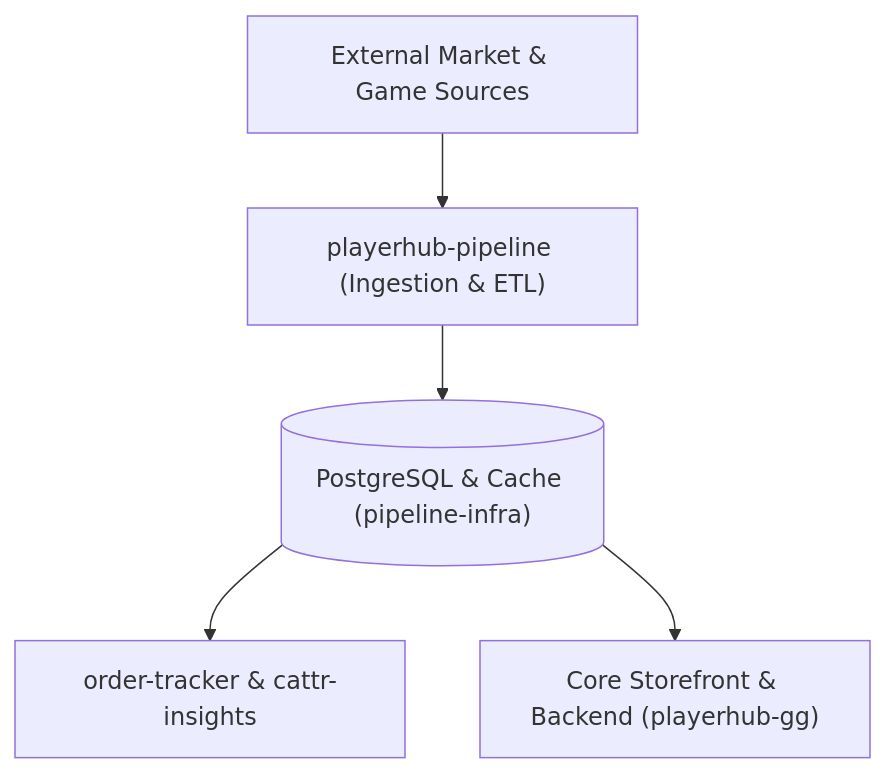
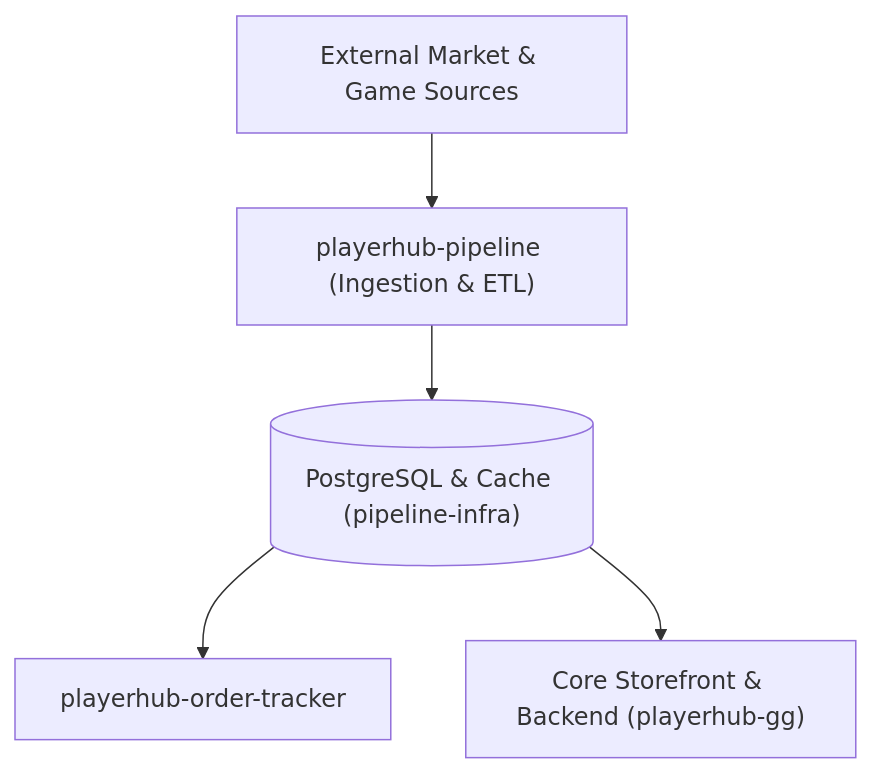
The diagram in profile/README.md (playerhub-pipeline/.github), drawn with Mermaid before and after one commit. The commit also changed other lines of this file, not shown here.

Commit message:
docs(org): remove separate cattr-insights project from pipeline platform guide

````diff
--- a/profile/README.md
+++ b/profile/README.md
@@ -9,7 +9,7 @@
 ```mermaid
 flowchart TD
     Sources["External Market & Game Sources"] --> Ingestion["playerhub-pipeline (Ingestion & ETL)"]
     Ingestion --> Storage[("PostgreSQL & Cache (pipeline-infra)")]
-    Storage --> Tracking["order-tracker & cattr-insights"]
+    Storage --> Tracking["playerhub-order-tracker"]
     Storage --> APIs["Core Storefront & Backend (playerhub-gg)"]
 ```
````
